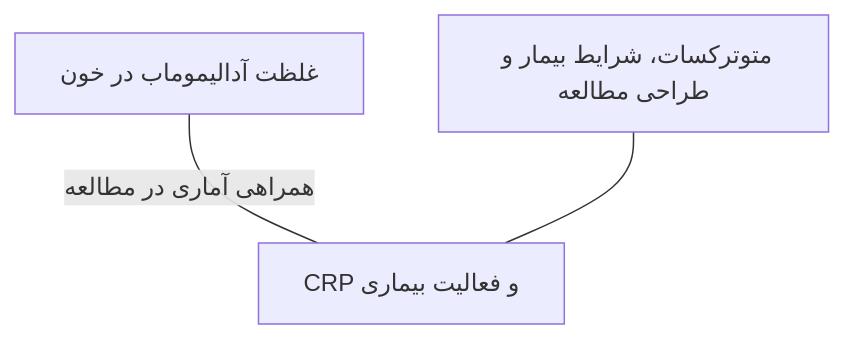
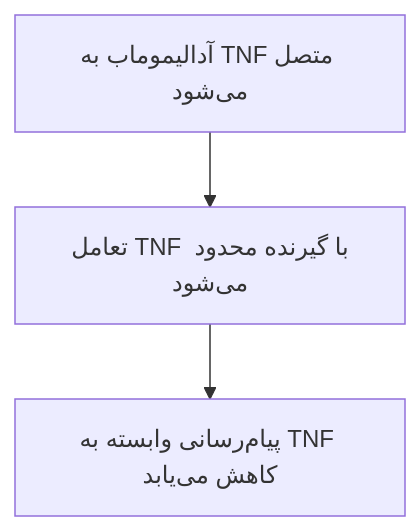
One commit to koolfox/koolfox.github.io changed the diagram in structural-bioinformatics/docs/class-presentation.fa.md. Above: the diagram before and after it, drawn with Mermaid. The commit also changed other lines of this file and 13 other files, not shown here.

````diff
--- a/structural-bioinformatics/docs/class-presentation.fa.md
+++ b/structural-bioinformatics/docs/class-presentation.fa.md
@@ -72,5 +31,5 @@
 ```mermaid
 flowchart TB
-    A["غلظت آدالیموماب در خون"] ---|"همراهی آماری در مطالعه"| B["CRP و فعالیت بیماری"]
-    C["متوترکسات، شرایط بیمار و طراحی مطالعه"] --- B
+    A["آدالیموماب به TNF متصل می‌شود"] --> B["تعامل TNF با گیرنده محدود می‌شود"]
+    B --> C["پیام‌رسانی وابسته به TNF کاهش می‌یابد"]
 ```
````
